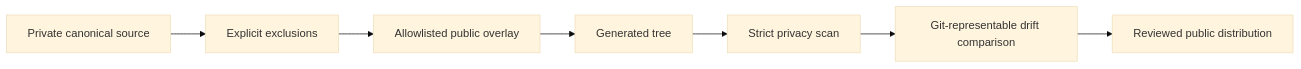
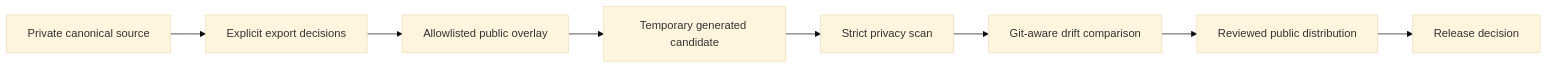
The diagram in README.md (silvermanjared-web/private-to-public-release-gate), drawn with Mermaid (base theme) before and after one commit. The commit also changed other lines of this file and 7 other files, not shown here.

````diff
--- a/README.md
+++ b/README.md
@@ -18,9 +48,10 @@
 ```mermaid
 flowchart LR
-  A["Private canonical source"] --> B["Explicit exclusions"]
-  B --> C["Allowlisted public overlay"]
-  C --> D["Generated tree"]
-  D --> E["Strict privacy scan"]
-  E --> F["Git-representable drift comparison"]
-  F --> G["Reviewed public distribution"]
+  A[Private canonical source] --> B[Explicit export decisions]
+  B --> C[Allowlisted public overlay]
+  C --> D[Temporary generated candidate]
+  D --> E[Strict privacy scan]
+  E --> F[Git-aware drift comparison]
+  F --> G[Reviewed public distribution]
+  G --> H[Release decision]
 ```
````
